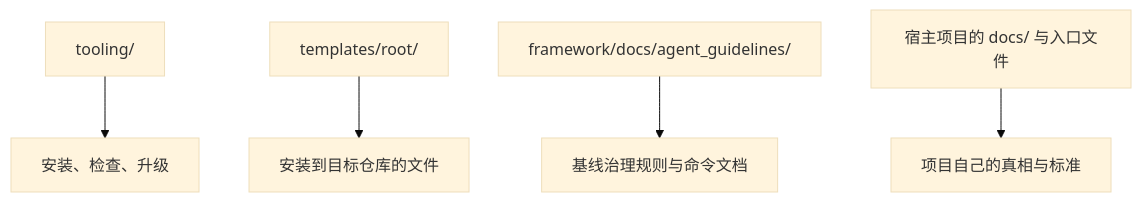
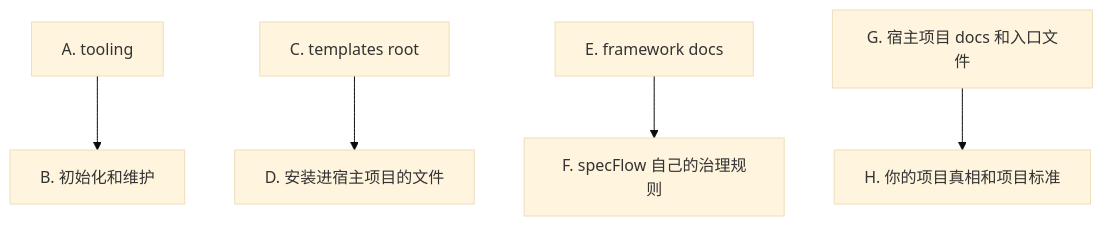
One commit to mfblog/specflow changed the seventh of 7 diagrams in README.zh-CN.md. Above: the diagram before and after it, drawn with Mermaid (base theme). The commit also changed other lines of this file and 1 other file, not shown here.

````diff
--- a/README.zh-CN.md
+++ b/README.zh-CN.md
@@ -645,7 +513,7 @@
 ```mermaid
 flowchart TD
-    A["tooling/"] --> B["安装、检查、升级"]
-    C["templates/root/"] --> D["安装到目标仓库的文件"]
-    E["framework/docs/agent_guidelines/"] --> F["基线治理规则与命令文档"]
-    G["宿主项目的 docs/ 与入口文件"] --> H["项目自己的真相与标准"]
+    A["A. tooling"] --> B["B. 初始化和维护"]
+    C["C. templates root"] --> D["D. 安装进宿主项目的文件"]
+    E["E. framework docs"] --> F["F. specFlow 自己的治理规则"]
+    G["G. 宿主项目 docs 和入口文件"] --> H["H. 你的项目真相和项目标准"]
 ```
````
